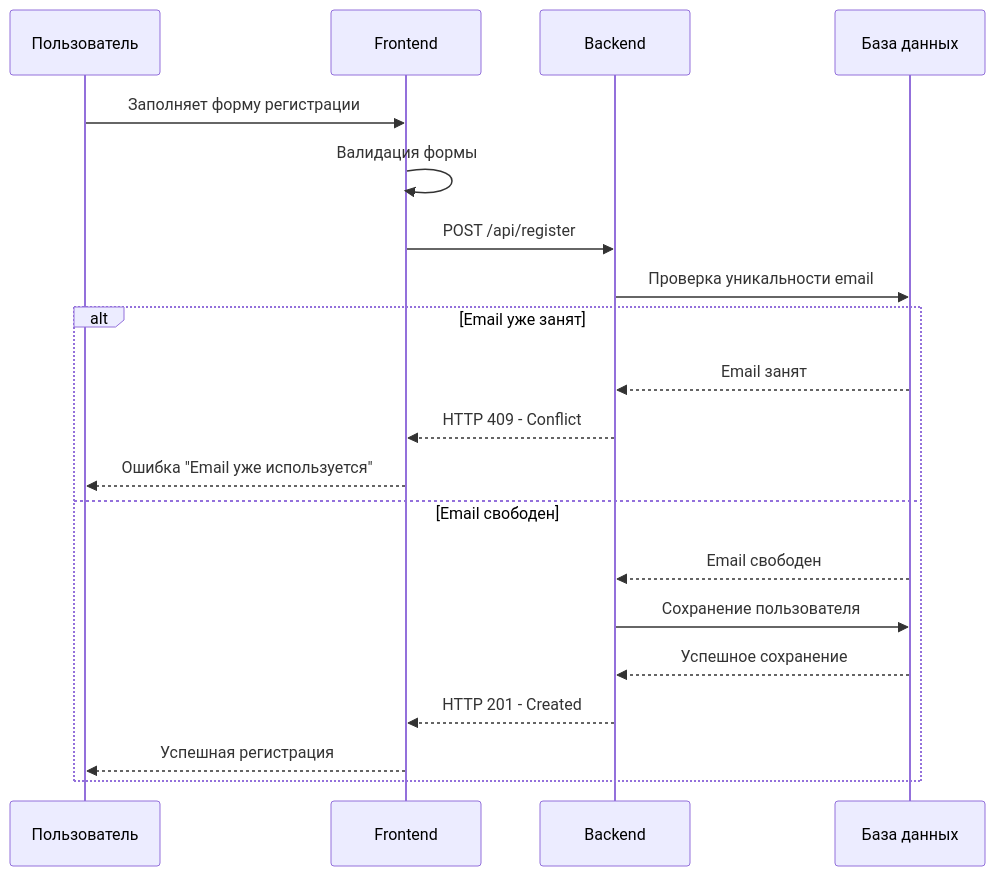
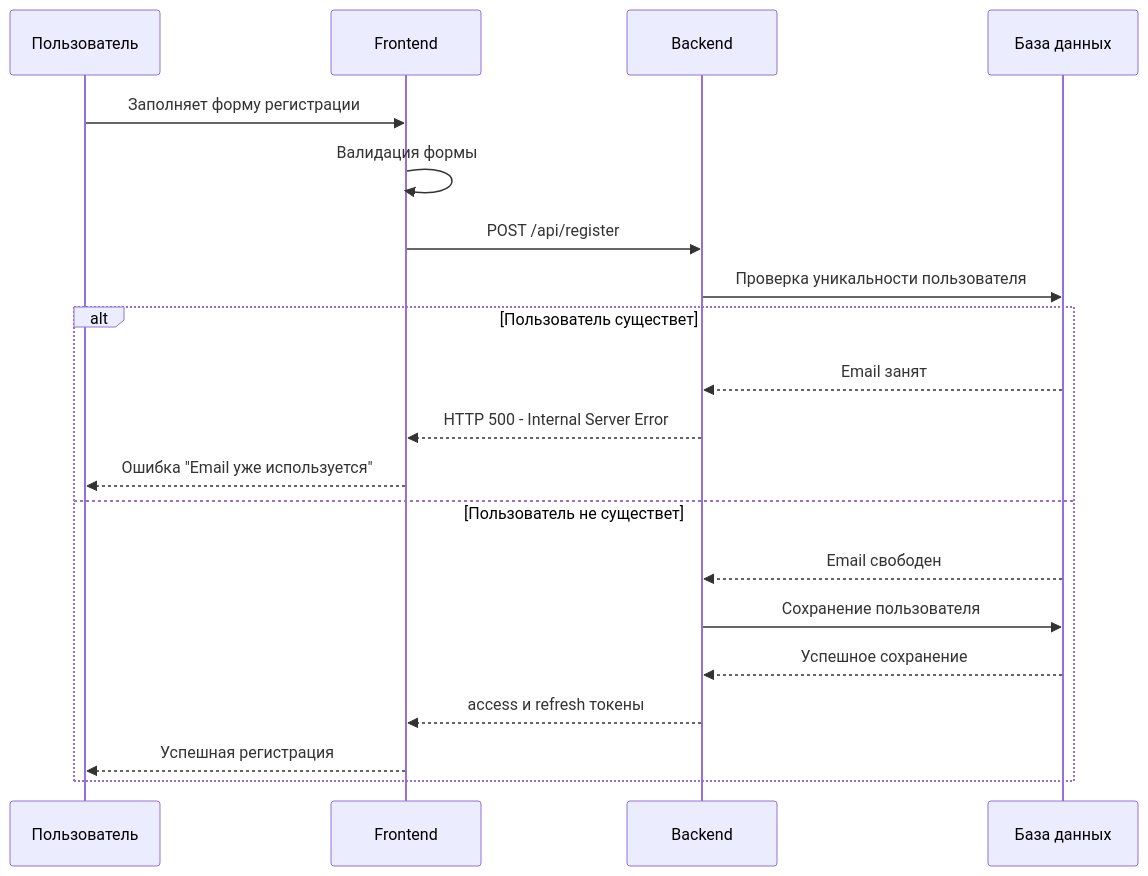
One commit to Code-Sculptors/insightroom-documentation changed the sixth of 12 diagrams in Системный анализ для проекта Insight Room.md. Above: the diagram before and after it, drawn with Mermaid. The commit also changed other lines of this file, not shown here.

Commit message:
#2 fix(системный анализ): some changes in sequense diagrams

````diff
--- a/Системный анализ для проекта Insight Room.md
+++ b/Системный анализ для проекта Insight Room.md
@@ -114,23 +114,23 @@
 ```mermaid
 sequenceDiagram
     participant U as Пользователь
     participant F as Frontend
     participant B as Backend
     participant D as База данных
     
     U->>F: Заполняет форму регистрации
     F->>F: Валидация формы
     F->>B: POST /api/register
-    B->>D: Проверка уникальности email
-    alt Email уже занят
+    B->>D: Проверка уникальности пользователя
+    alt Пользователь существет
         D-->>B: Email занят
-        B-->>F: HTTP 409 - Conflict
+        B-->>F: HTTP 500 - Internal Server Error
         F-->>U: Ошибка "Email уже используется"
-    else Email свободен
+    else Пользователь не существет
         D-->>B: Email свободен
         B->>D: Сохранение пользователя
         D-->>B: Успешное сохранение
-        B-->>F: HTTP 201 - Created
+        B-->>F: access и refresh токены
         F-->>U: Успешная регистрация
     end
 ```
````
